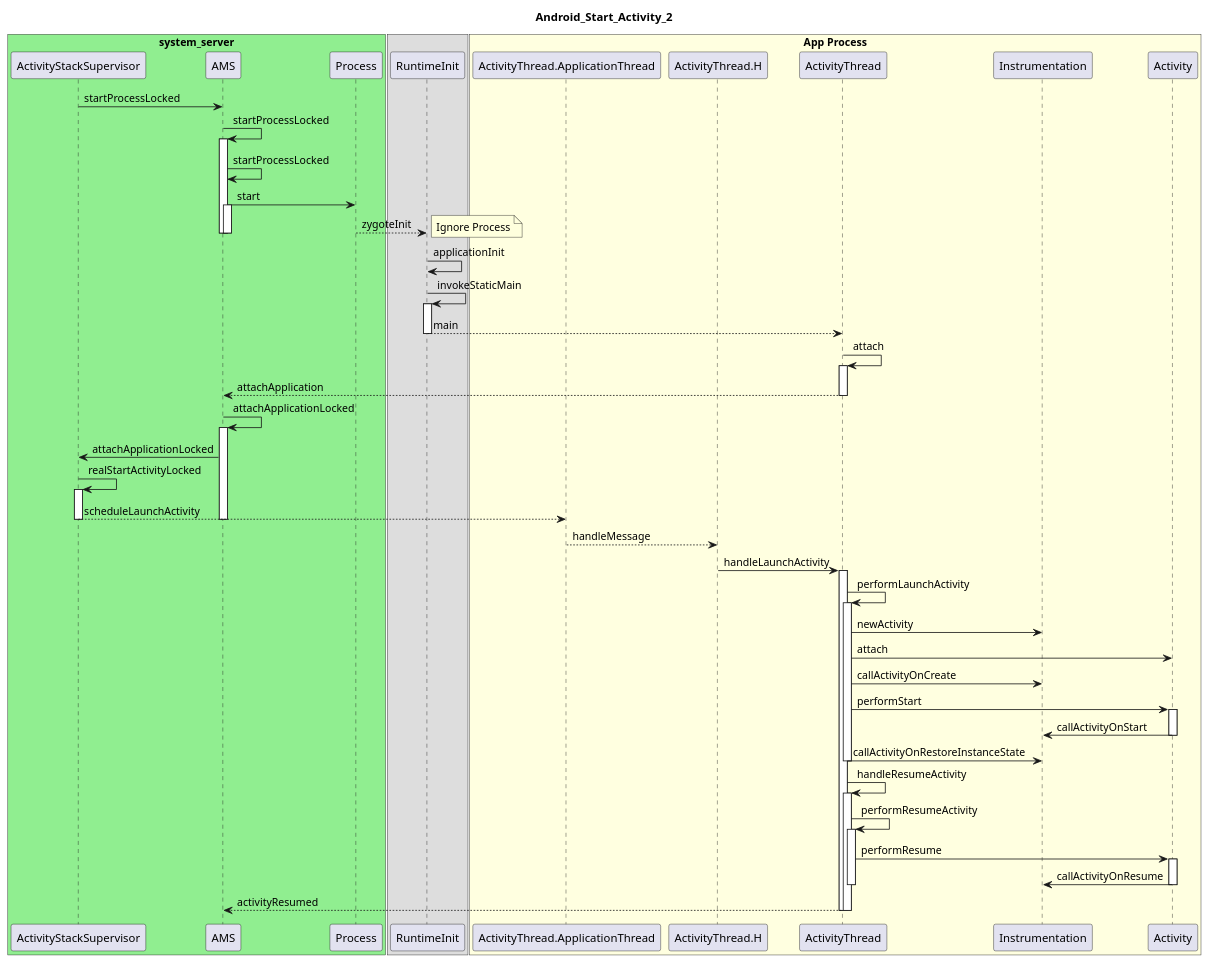
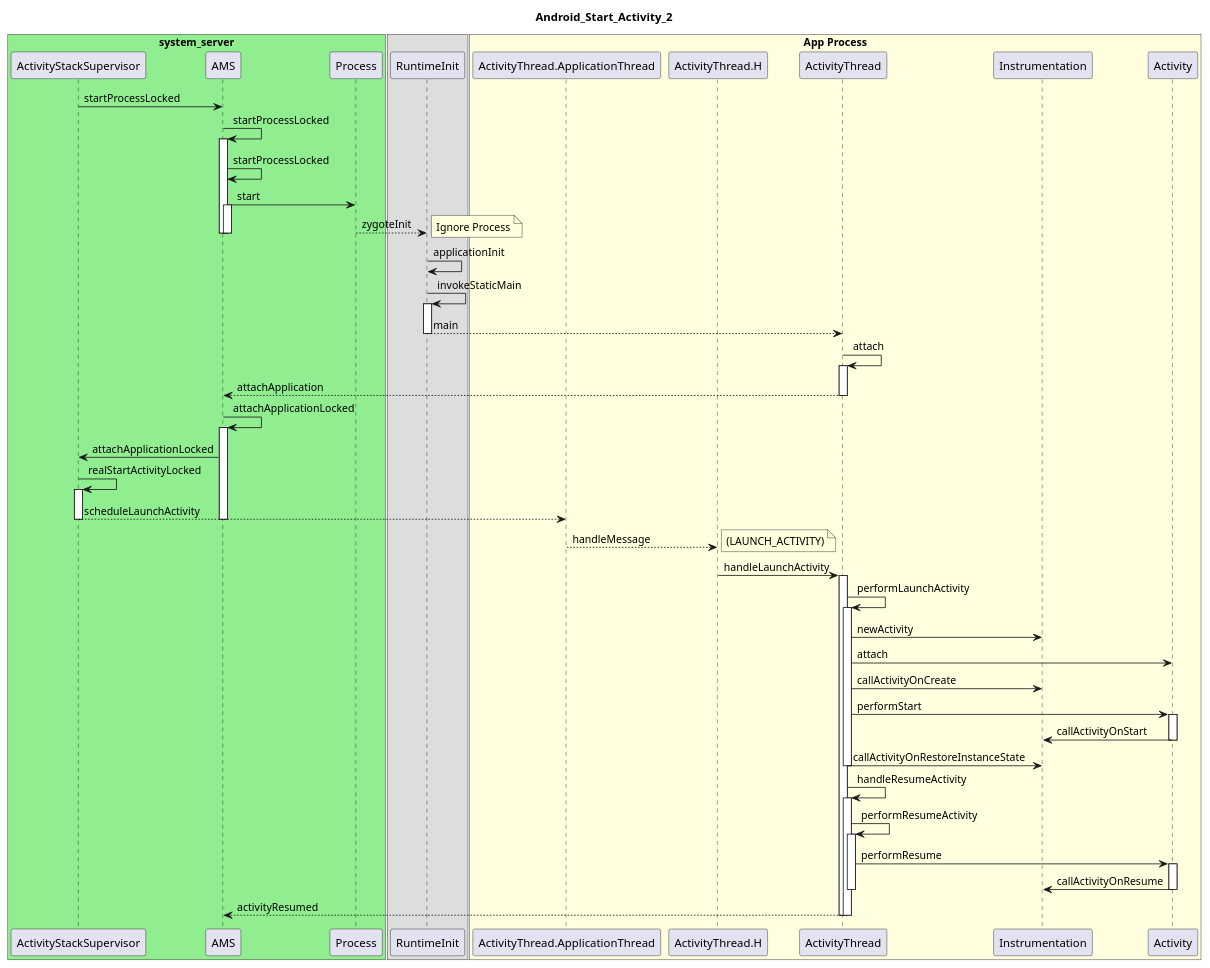
One commit to peggy109/AndroidSystemServer changed the diagram in android_start_activity_2.puml. Above: the diagram before and after it, drawn with PlantUML. The commit also changed 1 other file, not shown here.

Commit message:
android_start_activity.puml, add ActivityThread.H

```diff
--- a/android_start_activity_2.puml
+++ b/android_start_activity_2.puml
@@ -2,72 +2,73 @@
 @startuml
 title Android_Start_Activity_2
 box "system_server" #LightGreen
 participant ActivityStackSupervisor
 participant AMS
 participant Process
 end box
 box
 participant RuntimeInit
 end box
 box "App Process" #LightYellow
 participant ActivityThread.ApplicationThread
 participant ActivityThread.H
 participant ActivityThread
 participant Instrumentation
 participant Activity
 end box
 
 ActivityStackSupervisor-> AMS : startProcessLocked
 AMS -> AMS : startProcessLocked
 activate AMS
 AMS -> AMS : startProcessLocked
 AMS -> Process : start
 activate AMS
 Process ---> RuntimeInit : zygoteInit
 deactivate AMS
 deactivate AMS
 note right : Ignore Process
 RuntimeInit -> RuntimeInit : applicationInit
 RuntimeInit -> RuntimeInit : invokeStaticMain
 activate RuntimeInit
 RuntimeInit ---> ActivityThread : main
 deactivate RuntimeInit
 ActivityThread -> ActivityThread : attach
 activate ActivityThread
 ActivityThread ---> AMS : attachApplication
 deactivate ActivityThread
 AMS -> AMS : attachApplicationLocked
 activate AMS
 AMS -> ActivityStackSupervisor : attachApplicationLocked
 ActivityStackSupervisor -> ActivityStackSupervisor : realStartActivityLocked
 activate ActivityStackSupervisor
 ActivityStackSupervisor ---> ActivityThread.ApplicationThread : scheduleLaunchActivity
 deactivate ActivityStackSupervisor
 deactivate AMS
 ActivityThread.ApplicationThread ---> ActivityThread.H : handleMessage
+note right : (LAUNCH_ACTIVITY)
 ActivityThread.H -> ActivityThread : handleLaunchActivity
 activate ActivityThread
     ActivityThread -> ActivityThread : performLaunchActivity
     activate ActivityThread
         ActivityThread -> Instrumentation : newActivity
         ActivityThread -> Activity : attach
         ActivityThread -> Instrumentation : callActivityOnCreate
         ActivityThread -> Activity : performStart
         activate Activity
             Activity -> Instrumentation : callActivityOnStart
         deactivate Activity
         ActivityThread -> Instrumentation : callActivityOnRestoreInstanceState
     deactivate ActivityThread
     ActivityThread -> ActivityThread : handleResumeActivity
     activate ActivityThread
         ActivityThread -> ActivityThread : performResumeActivity
         activate ActivityThread
             ActivityThread -> Activity : performResume
             activate Activity
                 Activity -> Instrumentation : callActivityOnResume
             deactivate Activity
         deactivate ActivityThread
         ActivityThread ---> AMS : activityResumed
     deactivate ActivityThread
 deactivate ActivityThread
 @enduml
```
